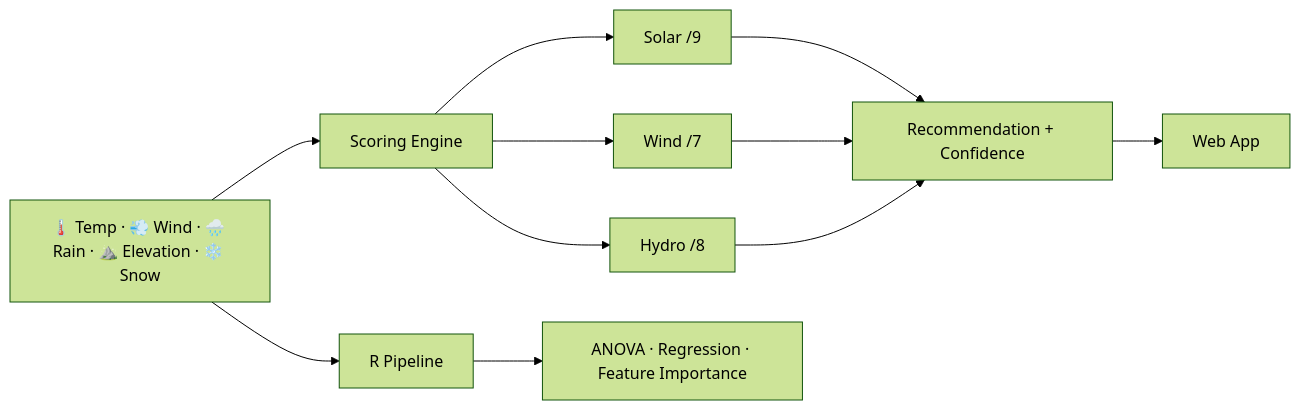
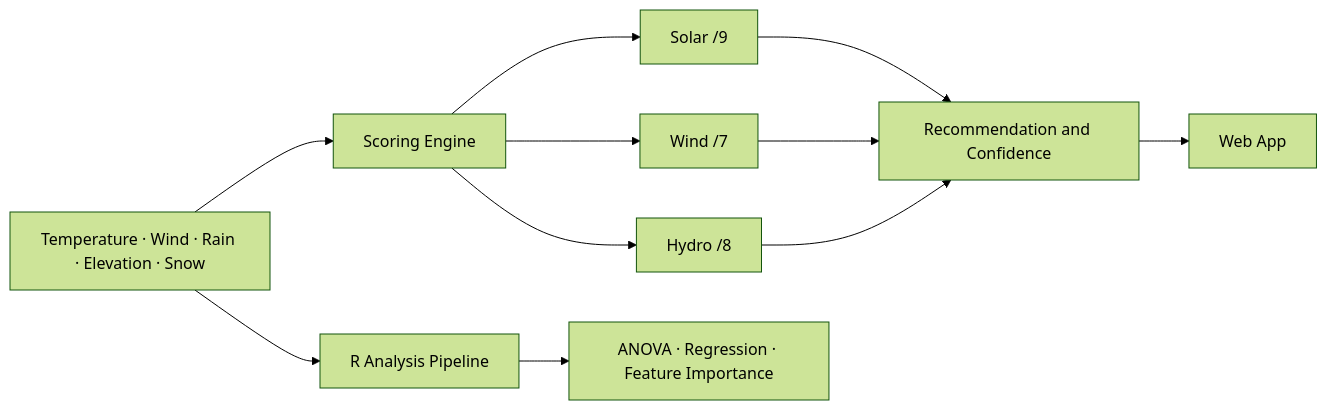
The first of 2 diagrams in README.md (Sahibjeetpalsingh/Weather-Classification), drawn with Mermaid (forest theme) before and after one commit. The commit also changed other lines of this file, not shown here.

````diff
--- a/README.md
+++ b/README.md
@@ -54,12 +55,12 @@
 ```mermaid
 flowchart LR
-    IN["🌡️ Temp · 💨 Wind · 🌧️ Rain · ⛰️ Elevation · ❄️ Snow"]
-    IN --> E["Scoring Engine"]
-    E --> S["Solar  /9"]
-    E --> W["Wind   /7"]
-    E --> H["Hydro  /8"]
-    S & W & H --> R["Recommendation + Confidence"]
-    R --> APP["Web App"]
-    IN --> RP["R Pipeline"]
-    RP --> STATS["ANOVA · Regression · Feature Importance"]
+    Inputs["Temperature · Wind · Rain · Elevation · Snow"]
+    Inputs --> Engine["Scoring Engine"]
+    Engine --> Solar["Solar  /9"]
+    Engine --> Wind["Wind   /7"]
+    Engine --> Hydro["Hydro  /8"]
+    Solar & Wind & Hydro --> Result["Recommendation and Confidence"]
+    Result --> App["Web App"]
+    Inputs --> Analysis["R Analysis Pipeline"]
+    Analysis --> Stats["ANOVA · Regression · Feature Importance"]
 ```
````
